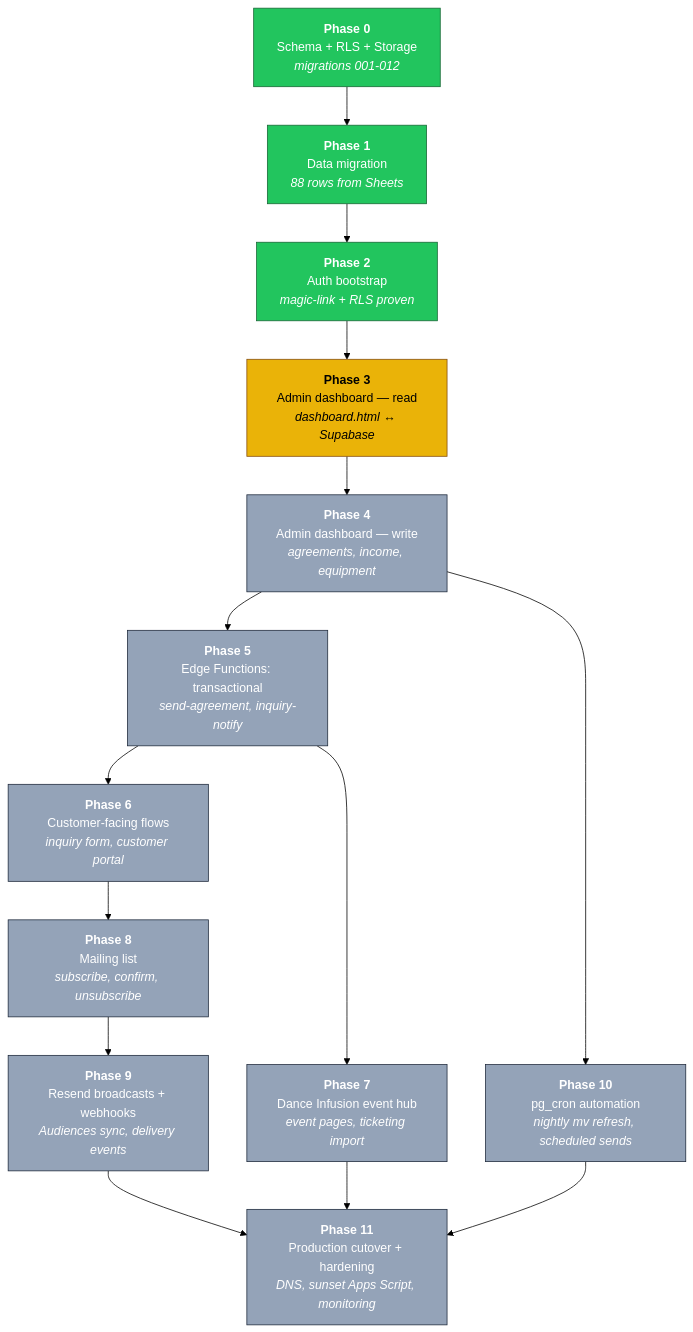
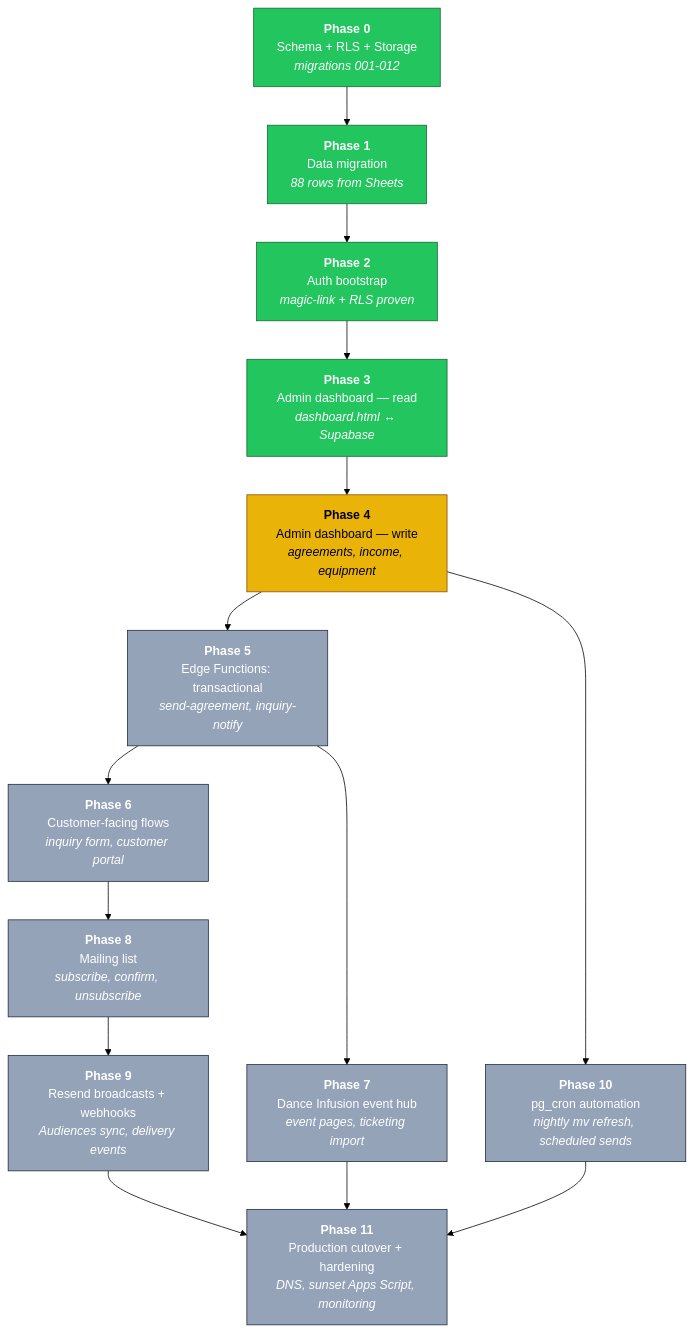
One commit to Berkythe4/comewith changed the first of 2 diagrams in ROADMAP.md. Above: the diagram before and after it, drawn with Mermaid (forest theme). The commit also changed other lines of this file and 1 other file, not shown here.

First line of the commit message:
Phase 3 close: update roadmap status (P3 done, P4 next)

````diff
--- a/ROADMAP.md
+++ b/ROADMAP.md
@@ -18,33 +21,33 @@
 ```mermaid
 flowchart TD
     classDef done fill:#22c55e,stroke:#166534,color:#fff
     classDef next fill:#eab308,stroke:#854d0e,color:#000
     classDef planned fill:#94a3b8,stroke:#1e293b,color:#fff
 
     P0["<b>Phase 0</b><br/>Schema + RLS + Storage<br/><i>migrations 001-012</i>"]
     P1["<b>Phase 1</b><br/>Data migration<br/><i>88 rows from Sheets</i>"]
     P2["<b>Phase 2</b><br/>Auth bootstrap<br/><i>magic-link + RLS proven</i>"]
     P3["<b>Phase 3</b><br/>Admin dashboard — read<br/><i>dashboard.html ↔ Supabase</i>"]
     P4["<b>Phase 4</b><br/>Admin dashboard — write<br/><i>agreements, income, equipment</i>"]
     P5["<b>Phase 5</b><br/>Edge Functions: transactional<br/><i>send-agreement, inquiry-notify</i>"]
     P6["<b>Phase 6</b><br/>Customer-facing flows<br/><i>inquiry form, customer portal</i>"]
     P7["<b>Phase 7</b><br/>Dance Infusion event hub<br/><i>event pages, ticketing import</i>"]
     P8["<b>Phase 8</b><br/>Mailing list<br/><i>subscribe, confirm, unsubscribe</i>"]
     P9["<b>Phase 9</b><br/>Resend broadcasts + webhooks<br/><i>Audiences sync, delivery events</i>"]
     P10["<b>Phase 10</b><br/>pg_cron automation<br/><i>nightly mv refresh, scheduled sends</i>"]
     P11["<b>Phase 11</b><br/>Production cutover + hardening<br/><i>DNS, sunset Apps Script, monitoring</i>"]
 
     P0 --> P1 --> P2 --> P3 --> P4 --> P5
     P5 --> P6
     P5 --> P7
     P6 --> P8
     P8 --> P9
     P4 --> P10
     P9 --> P11
     P10 --> P11
     P7 --> P11
 
-    class P0,P1,P2 done
-    class P3 next
-    class P4,P5,P6,P7,P8,P9,P10,P11 planned
+    class P0,P1,P2,P3 done
+    class P4 next
+    class P5,P6,P7,P8,P9,P10,P11 planned
 ```
````
